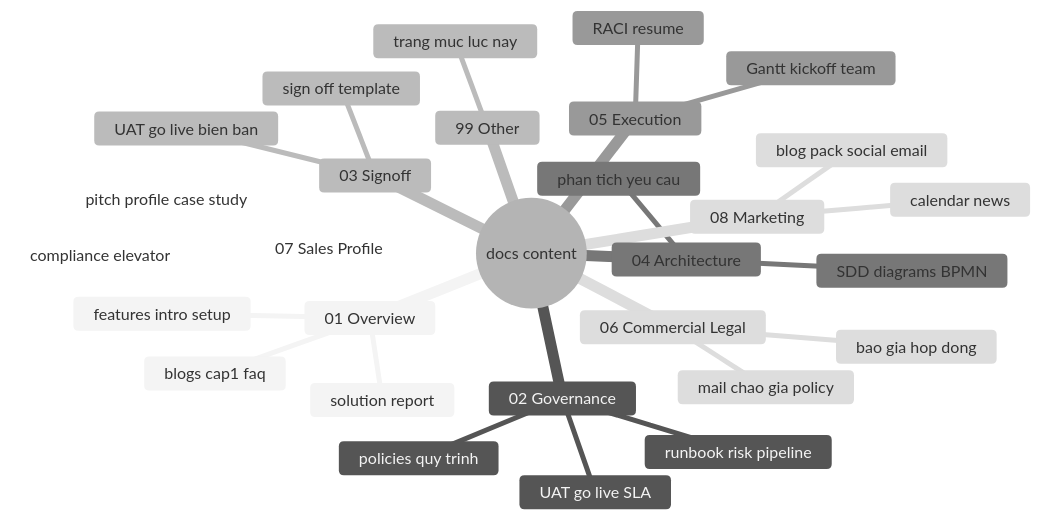
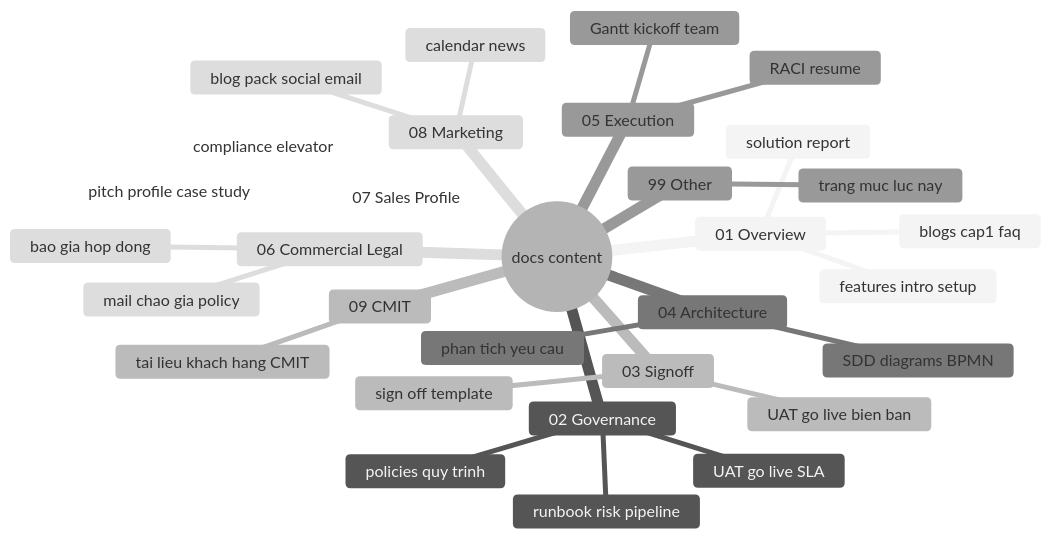
One commit to vntayemm/demo-chatbot changed the diagram in docs/content/99-other/index.md. Above: the diagram before and after it, drawn with Mermaid (neutral theme). The commit also changed other lines of this file and 33 other files, not shown here.

````diff
--- a/docs/content/99-other/index.md
+++ b/docs/content/99-other/index.md
@@ -13,32 +13,34 @@
 ```mermaid
 mindmap
   root((docs content))
     01 Overview
       blogs cap1 faq
       features intro setup
       solution report
     02 Governance
       UAT go live SLA
       runbook risk pipeline
       policies quy trinh
     03 Signoff
       UAT go live bien ban
       sign off template
     04 Architecture
       SDD diagrams BPMN
       phan tich yeu cau
     05 Execution
       Gantt kickoff team
       RACI resume
     06 Commercial Legal
       bao gia hop dong
       mail chao gia policy
     07 Sales Profile
       pitch profile case study
       compliance elevator
     08 Marketing
       blog pack social email
       calendar news
+    09 CMIT
+      tai lieu khach hang CMIT
     99 Other
       trang muc luc nay
 ```
````
